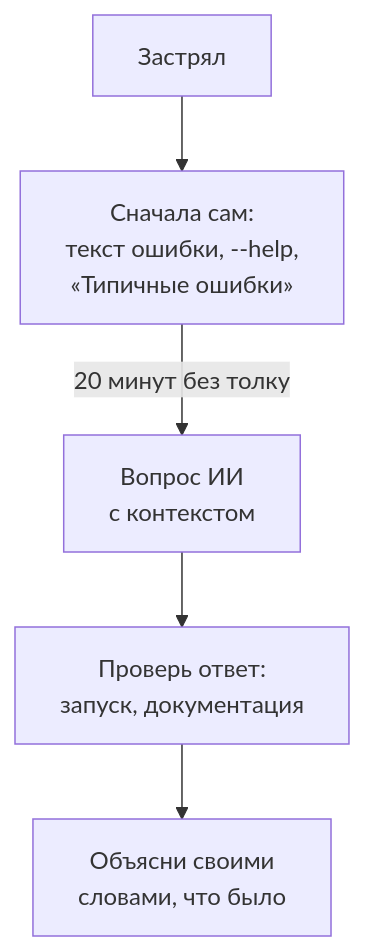
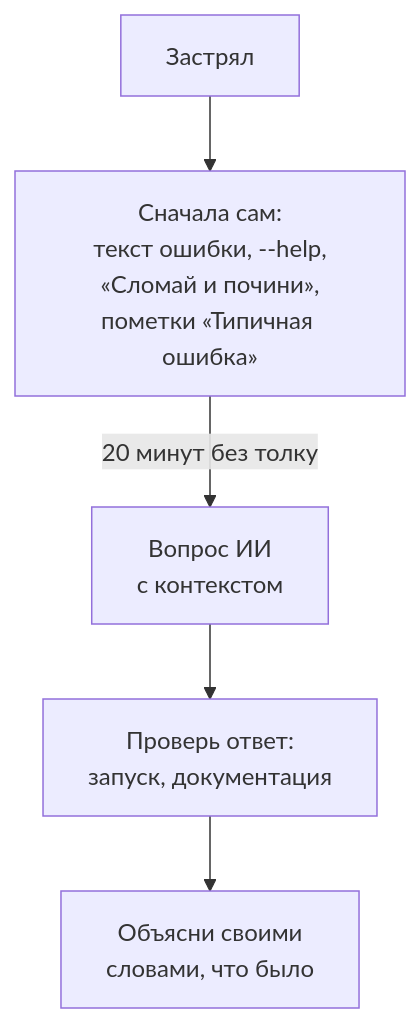
One commit to distinguished-sre/learning changed the diagram in load-tester/ai.md. Above: the diagram before and after it, drawn with Mermaid. The commit also changed other lines of this file and 462 other files, not shown here.

````diff
--- a/load-tester/ai.md
+++ b/load-tester/ai.md
@@ -26,7 +32,7 @@
 ```mermaid
 flowchart TD
-  A[Застрял] --> B[Сначала сам:<br>текст ошибки, --help,<br>«Типичные ошибки»]
+  A[Застрял] --> B[Сначала сам:<br>текст ошибки, --help,<br>«Сломай и почини»,<br>пометки «Типичная ошибка»]
   B -->|20 минут без толку| C[Вопрос ИИ<br>с контекстом]
   C --> D[Проверь ответ:<br>запуск, документация]
   D --> E[Объясни своими<br>словами, что было]
 ```
````
